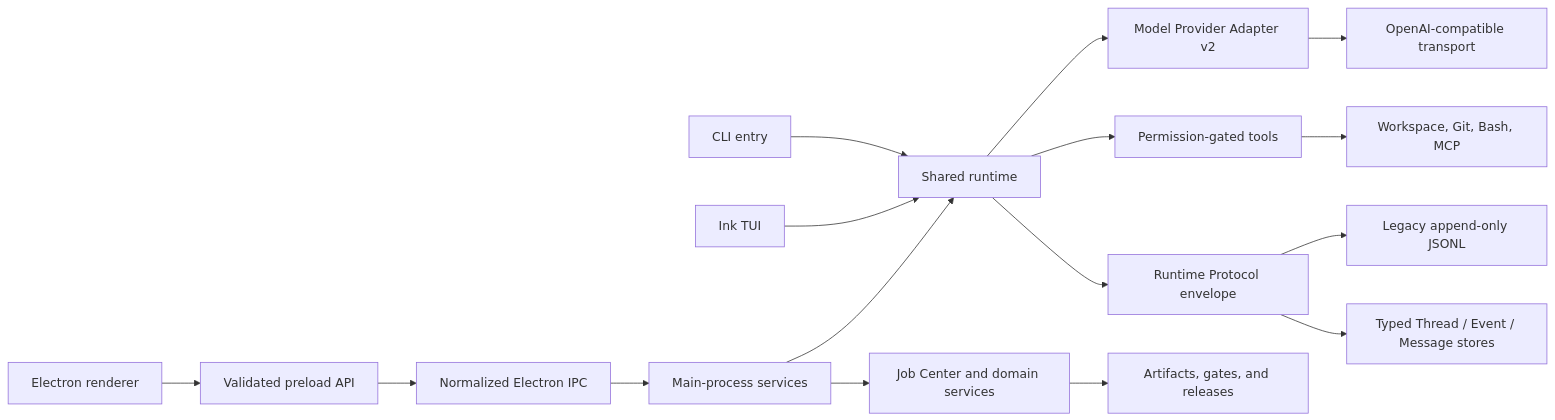
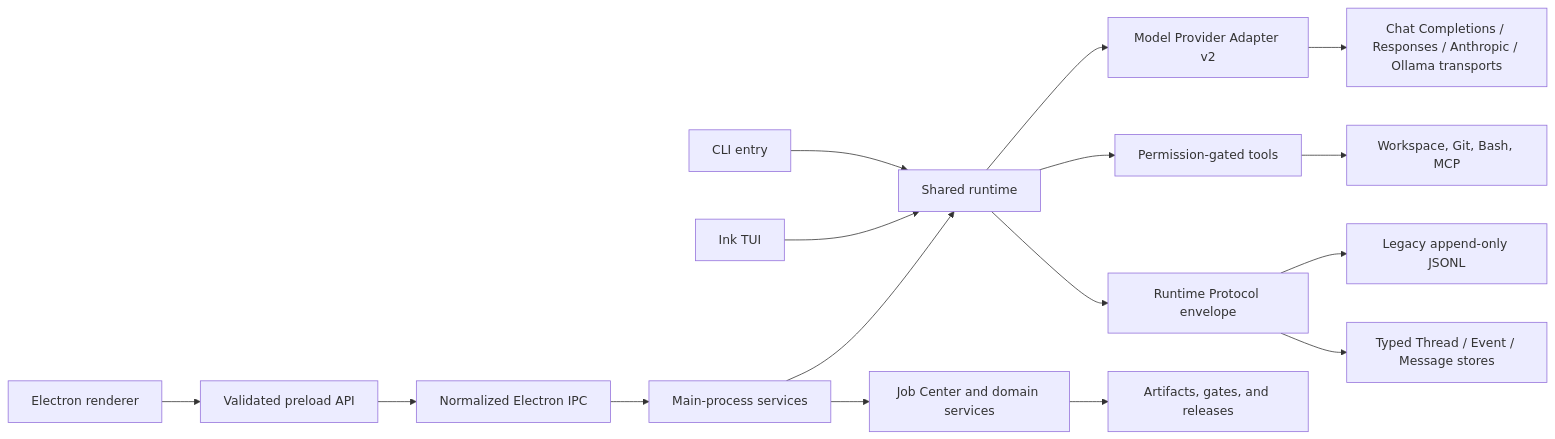
The first of 2 diagrams in docs/program/ARCHITECTURE.md (mc7yxyyq96-sketch/hi-code), drawn with Mermaid before and after one commit. The commit also changed other lines of this file and 4 other files, not shown here.

````diff
--- a/docs/program/ARCHITECTURE.md
+++ b/docs/program/ARCHITECTURE.md
@@ -13,18 +13,18 @@
 ```mermaid
 flowchart LR
   E["Electron renderer"] --> P["Validated preload API"]
   P --> I["Normalized Electron IPC"]
   I --> S["Main-process services"]
   C["CLI entry"] --> R["Shared runtime"]
   T["Ink TUI"] --> R
   S --> R
   R --> MP["Model Provider Adapter v2"]
-  MP --> L["OpenAI-compatible transport"]
+  MP --> L["Chat Completions / Responses / Anthropic / Ollama transports"]
   R --> X["Permission-gated tools"]
   X --> F["Workspace, Git, Bash, MCP"]
   R --> RP["Runtime Protocol envelope"]
   RP --> ES["Legacy append-only JSONL"]
   RP --> TS["Typed Thread / Event / Message stores"]
   S --> J["Job Center and domain services"]
   J --> A["Artifacts, gates, and releases"]
 ```
````
